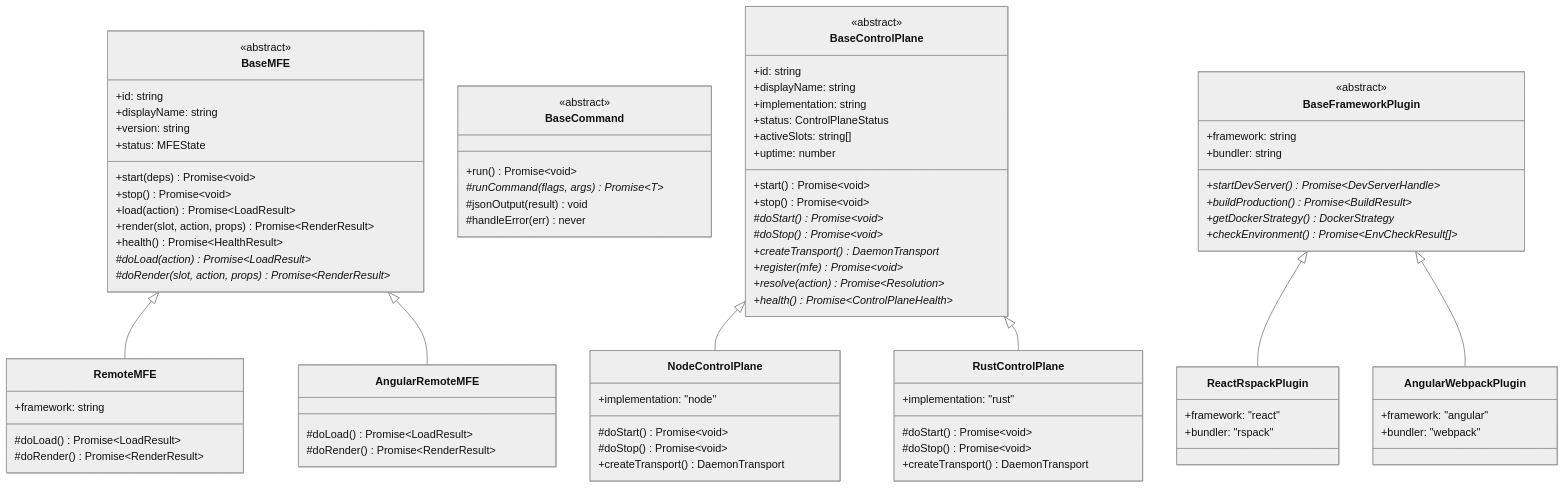
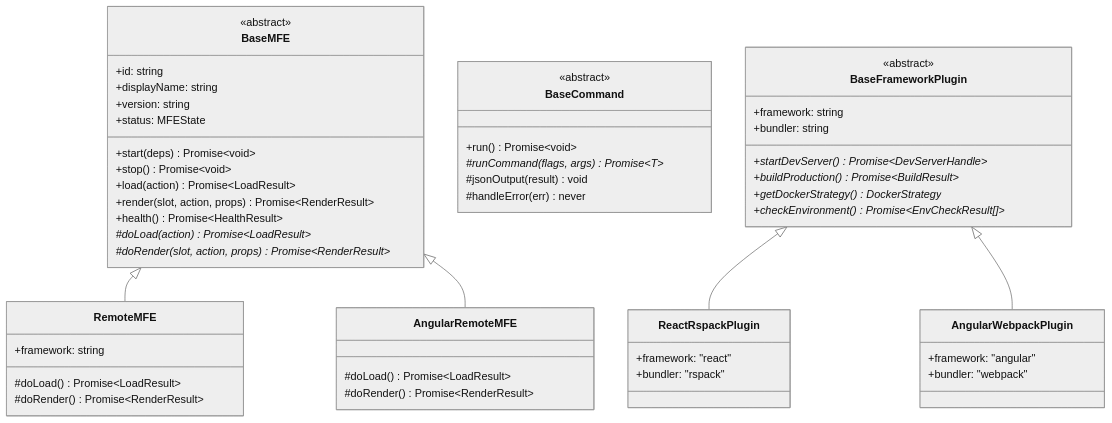
One commit to falese/seans-mfe-tool changed the second of 24 diagrams in docs/architecture-whitepaper.md. Above: the diagram before and after it, drawn with Mermaid (neutral theme). The commit also changed other lines of this file and 20 other files, not shown here.

````diff
--- a/docs/architecture-whitepaper.md
+++ b/docs/architecture-whitepaper.md
@@ -184,38 +184,6 @@
         #handleError(err) never
     }
 
-    class BaseControlPlane {
-        <<abstract>>
-        +id: string
-        +displayName: string
-        +implementation: string
-        +status: ControlPlaneStatus
-        +start() Promise~void~
-        +stop() Promise~void~
-        +activeSlots: string[]
-        +uptime: number
-        #doStart() Promise~void~*
-        #doStop() Promise~void~*
-        +createTransport() DaemonTransport*
-        +register(mfe) Promise~void~*
-        +resolve(action) Promise~Resolution~*
-        +health() Promise~ControlPlaneHealth~*
-    }
-
-    class NodeControlPlane {
-        +implementation: "node"
-        #doStart() Promise~void~
-        #doStop() Promise~void~
-        +createTransport() DaemonTransport
-    }
-
-    class RustControlPlane {
-        +implementation: "rust"
-        #doStart() Promise~void~
-        #doStop() Promise~void~
-        +createTransport() DaemonTransport
-    }
-
     class BaseFrameworkPlugin {
         <<abstract>>
         +framework: string
@@ -238,8 +206,6 @@
 
     BaseMFE <|-- RemoteMFE
     BaseMFE <|-- AngularRemoteMFE
-    BaseControlPlane <|-- NodeControlPlane
-    BaseControlPlane <|-- RustControlPlane
     BaseFrameworkPlugin <|-- ReactRspackPlugin
     BaseFrameworkPlugin <|-- AngularWebpackPlugin
 ```
````
